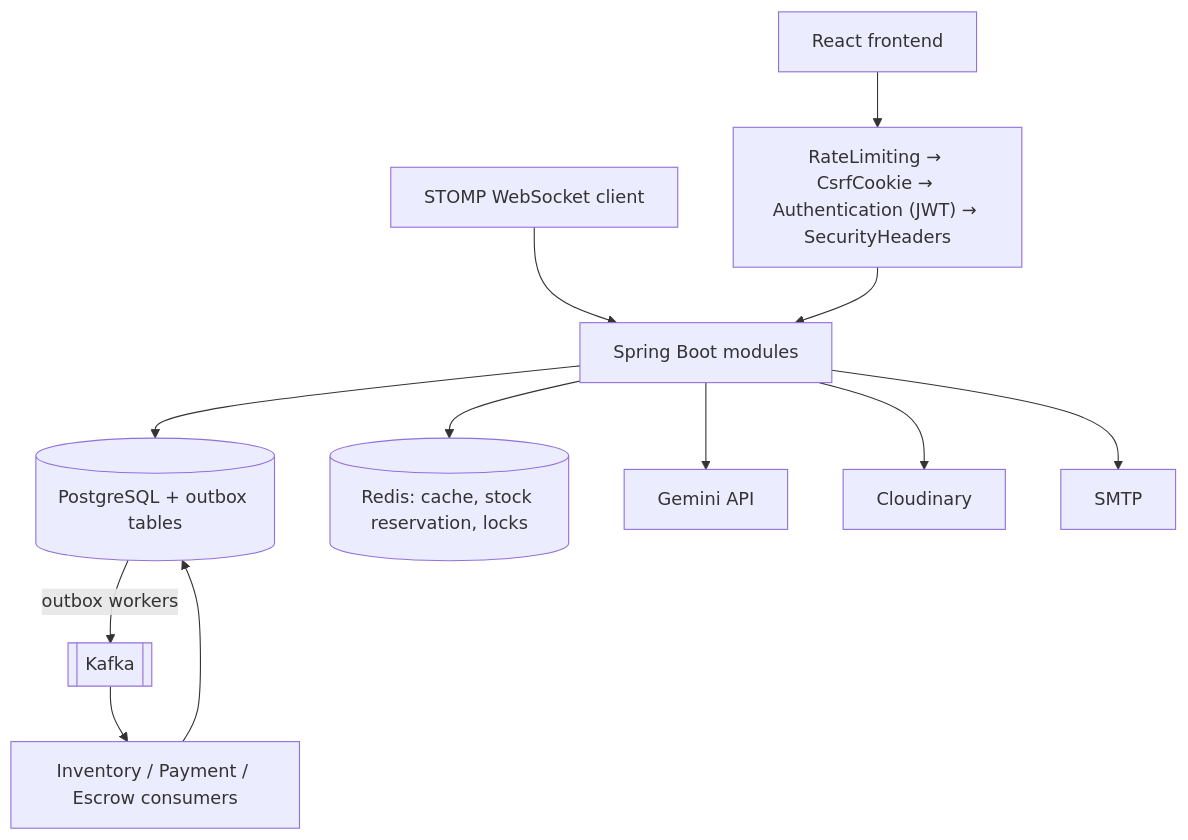
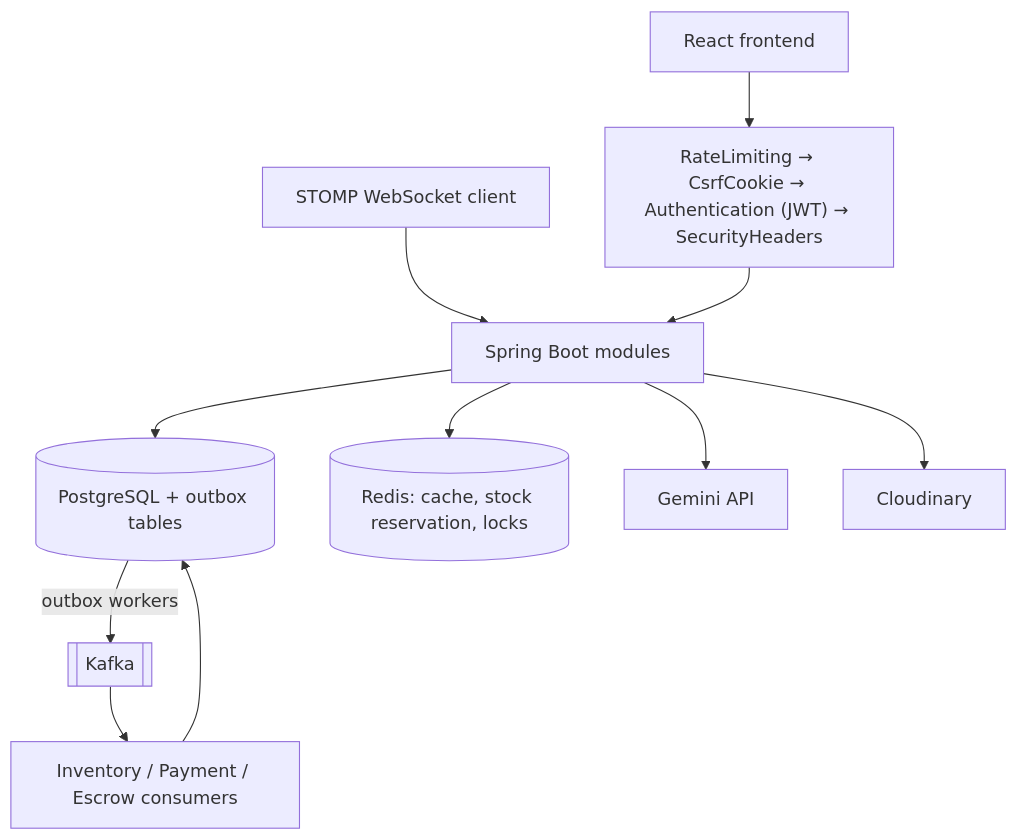
One commit to Shyesilbas/secondHand changed the diagram in README.md. Above: the diagram before and after it, drawn with Mermaid. The commit also changed 48 other files, not shown here.

````diff
--- a/README.md
+++ b/README.md
@@ -11,14 +11,13 @@
 ```mermaid
 graph TD
     React["React frontend"] --> Filters["RateLimiting → CsrfCookie → Authentication (JWT) → SecurityHeaders"]
     Chat["STOMP WebSocket client"] --> Backend
     Filters --> Backend["Spring Boot modules"]
     Backend --> PG[("PostgreSQL + outbox tables")]
     Backend --> Redis[("Redis: cache, stock reservation, locks")]
     PG -->|"outbox workers"| Kafka[["Kafka"]]
     Kafka --> Consumers["Inventory / Payment / Escrow consumers"]
     Consumers --> PG
     Backend --> Gemini["Gemini API"]
     Backend --> Cloudinary["Cloudinary"]
-    Backend --> Mail["SMTP"]
 ```
````
